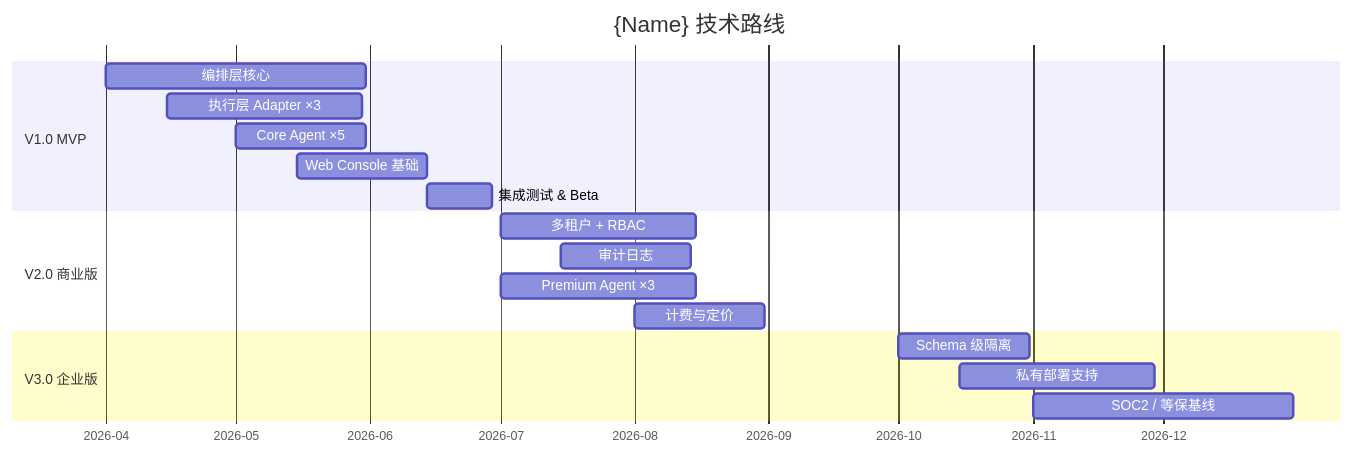
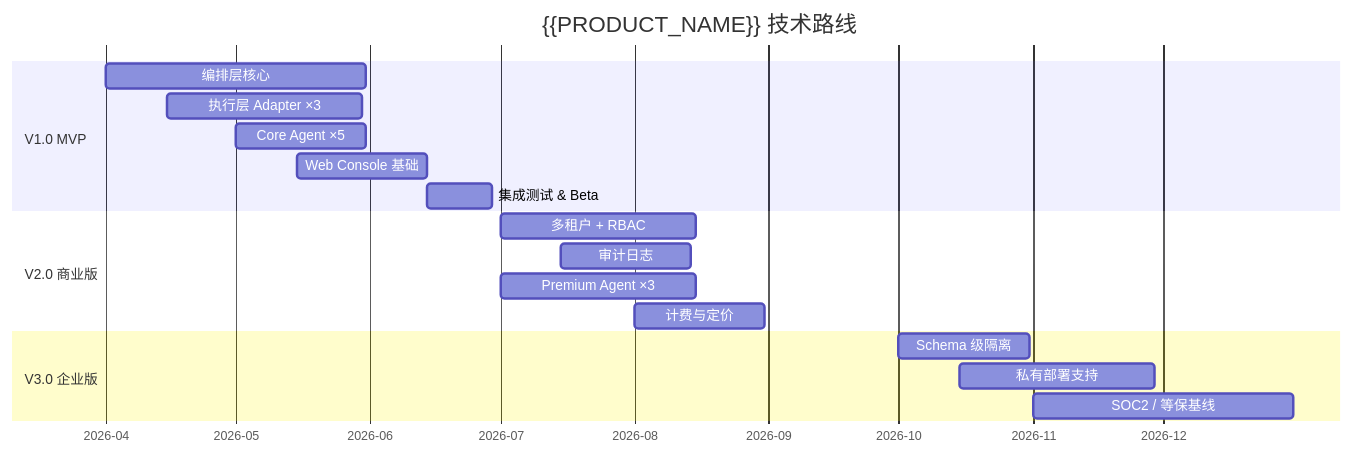
One commit to full-stack-skills/document-skills changed the fourth of 5 diagrams in skills/full-stack-doc/templates/root/5、技术方案与路线.md. Above: the diagram before and after it, drawn with Mermaid. The commit also changed other lines of this file and 59 other files, not shown here.

````diff
--- a/skills/full-stack-doc/templates/root/5、技术方案与路线.md
+++ b/skills/full-stack-doc/templates/root/5、技术方案与路线.md
@@ -259,24 +263,24 @@
 ```mermaid
 gantt
-    title {Name} 技术路线
+    title {{PRODUCT_NAME}} 技术路线
     dateFormat YYYY-MM-DD
     axisFormat %Y-%m
 
     section V1.0 MVP
     编排层核心          :v1_1, 2026-04-01, 60d
     执行层 Adapter ×3   :v1_2, 2026-04-15, 45d
     Core Agent ×5       :v1_3, 2026-05-01, 30d
     Web Console 基础    :v1_4, 2026-05-15, 30d
     集成测试 & Beta     :v1_5, after v1_4, 15d
 
     section V2.0 商业版
     多租户 + RBAC       :v2_1, 2026-07-01, 45d
     审计日志            :v2_2, 2026-07-15, 30d
     Premium Agent ×3    :v2_3, 2026-07-01, 45d
     计费与定价          :v2_4, 2026-08-01, 30d
 
     section V3.0 企业版
     Schema 级隔离       :v3_1, 2026-10-01, 30d
     私有部署支持        :v3_2, 2026-10-15, 45d
     SOC2 / 等保基线     :v3_3, 2026-11-01, 60d
 ```
````
